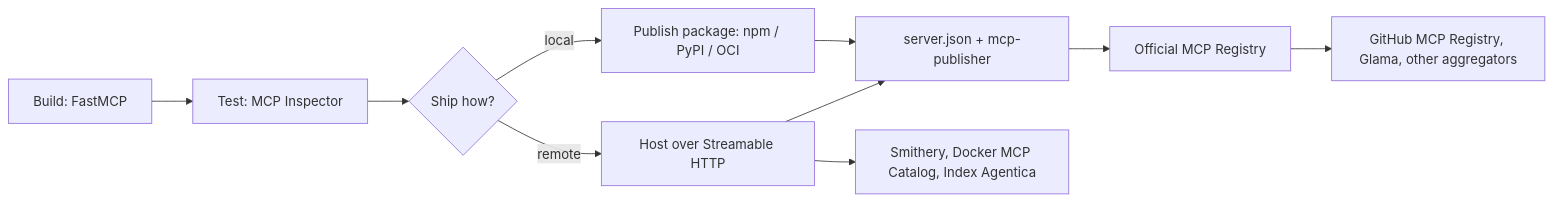
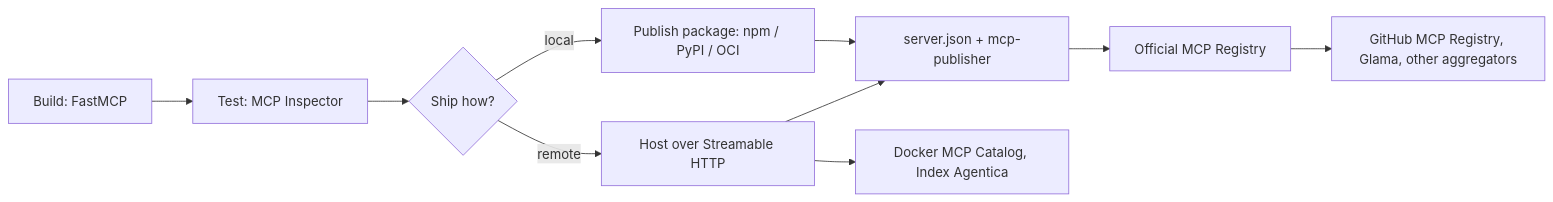
One commit to Drudley/indexagentica changed the diagram in content-long/guides/publish-an-mcp-server.md. Above: the diagram before and after it, drawn with Mermaid. The commit also changed other lines of this file and 3 other files, not shown here.

````diff
--- a/content-long/guides/publish-an-mcp-server.md
+++ b/content-long/guides/publish-an-mcp-server.md
@@ -96,12 +97,12 @@
 ```mermaid
 flowchart LR
   A[Build: FastMCP] --> B[Test: MCP Inspector]
   B --> C{Ship how?}
   C -->|remote| D[Host over Streamable HTTP]
   C -->|local| E[Publish package: npm / PyPI / OCI]
   D --> F[server.json + mcp-publisher]
   E --> F
   F --> G[Official MCP Registry]
   G --> H[GitHub MCP Registry, Glama, other aggregators]
-  D --> I[Smithery, Docker MCP Catalog, Index Agentica]
+  D --> I[Docker MCP Catalog, Index Agentica]
 ```
````
